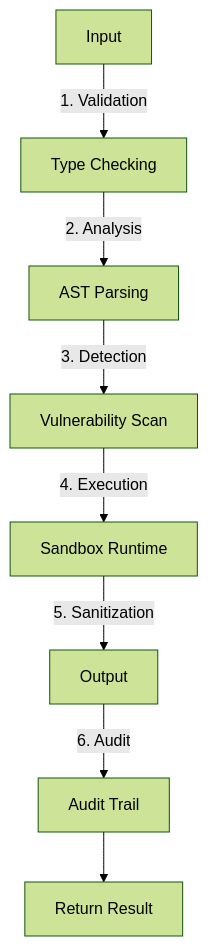
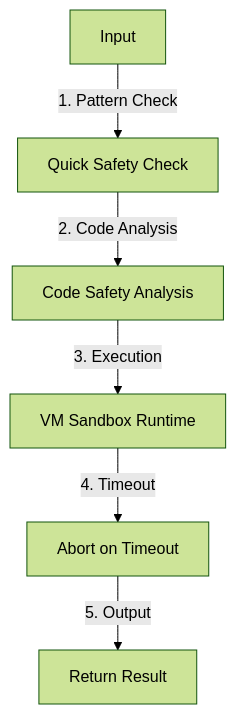
Before and after one commit to Mekann2904/mekann: the diagram in docs/02-user-guide/13-dynamic-tools.md, drawn with Mermaid (forest theme). The commit also changed other lines of this file and 4 other files, not shown here.

````diff
--- a/docs/02-user-guide/13-dynamic-tools.md
+++ b/docs/02-user-guide/13-dynamic-tools.md
@@ -36,10 +36,8 @@
 ```mermaid
 graph TD
-    A[Input] -->|1. Validation| B[Type Checking]
-    B -->|2. Analysis| C[AST Parsing]
-    C -->|3. Detection| D[Vulnerability Scan]
-    D -->|4. Execution| E[Sandbox Runtime]
-    E -->|5. Sanitization| F[Output]
-    F -->|6. Audit| G[Audit Trail]
-    G --> H[Return Result]
+    A[Input] -->|1. Pattern Check| B[Quick Safety Check]
+    B -->|2. Code Analysis| C[Code Safety Analysis]
+    C -->|3. Execution| D[VM Sandbox Runtime]
+    D -->|4. Timeout| E[Abort on Timeout]
+    E -->|5. Output| F[Return Result]
 ```
````
